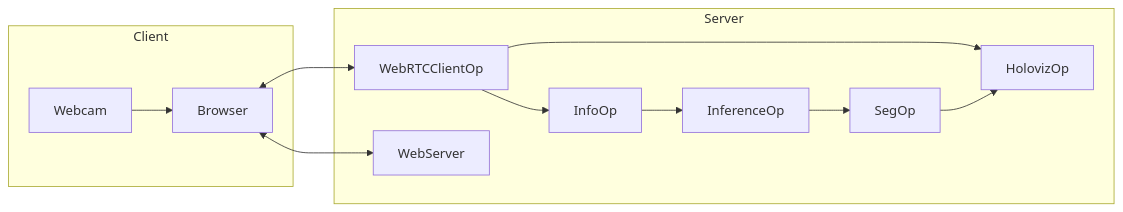
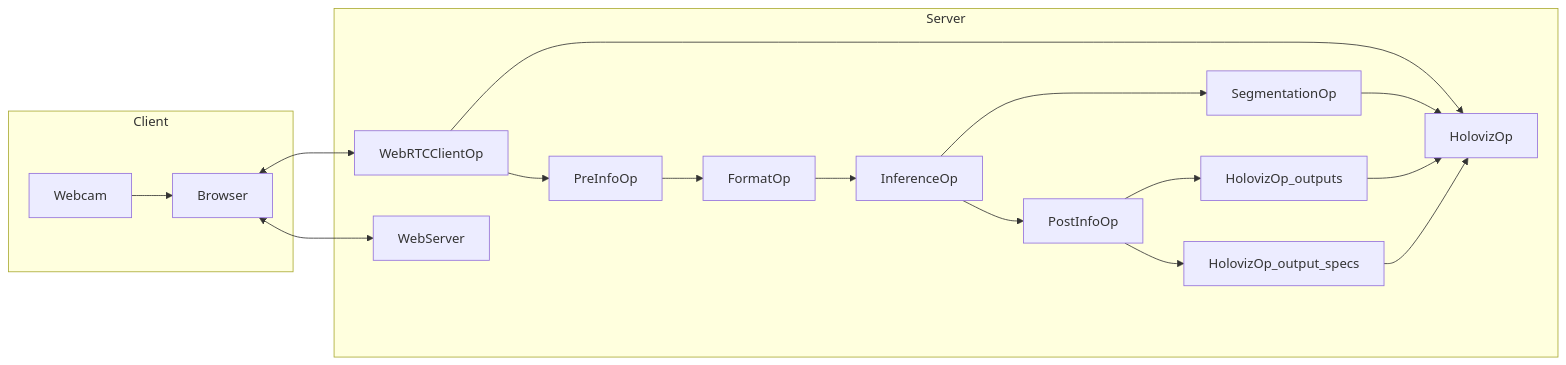
The diagram in docs/holoscan/apis_webrtc_ready.md (oocular/ready), drawn with Mermaid before and after one commit. The commit also changed other lines of this file and 2 other files, not shown here.

Commit message:
udpates graph structure; comments prints in webrtc_client.py; adds HOLOSCAN_LOG_LEVEL in bash #68

````diff
--- a/docs/holoscan/apis_webrtc_ready.md
+++ b/docs/holoscan/apis_webrtc_ready.md
@@ -56,16 +51,20 @@
 ```mermaid
 flowchart LR
     subgraph Server
         WebRTCClientOp --> HolovizOp
-        WebRTCClientOp --> InfoOp
-        InfoOp --> InferenceOp
-        InferenceOp --> SegOp
-        SegOp --> HolovizOp
+        WebRTCClientOp --> PreInfoOp
+        PreInfoOp --> FormatOp
+        FormatOp --> InferenceOp
+        InferenceOp --> SegmentationOp
+        SegmentationOp --> HolovizOp
+        InferenceOp --> PostInfoOp
+        PostInfoOp --> HolovizOp_outputs --> HolovizOp
+        PostInfoOp --> HolovizOp_output_specs --> HolovizOp
         WebServer
     end
     subgraph Client
         Webcam --> Browser
         Browser <--> WebRTCClientOp
         Browser <--> WebServer
     end
 ```
````
